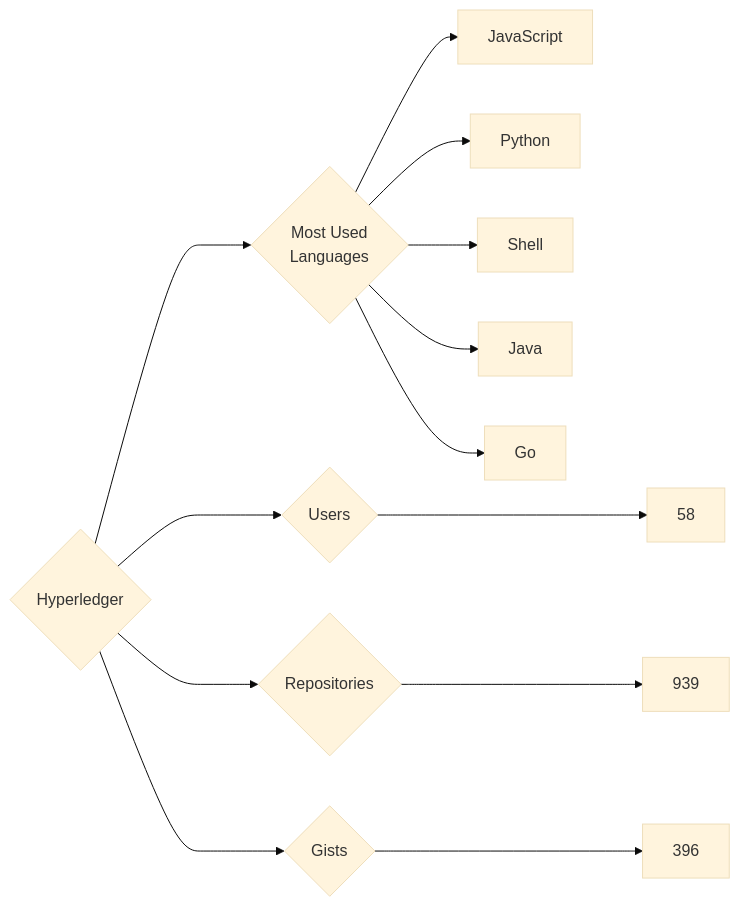
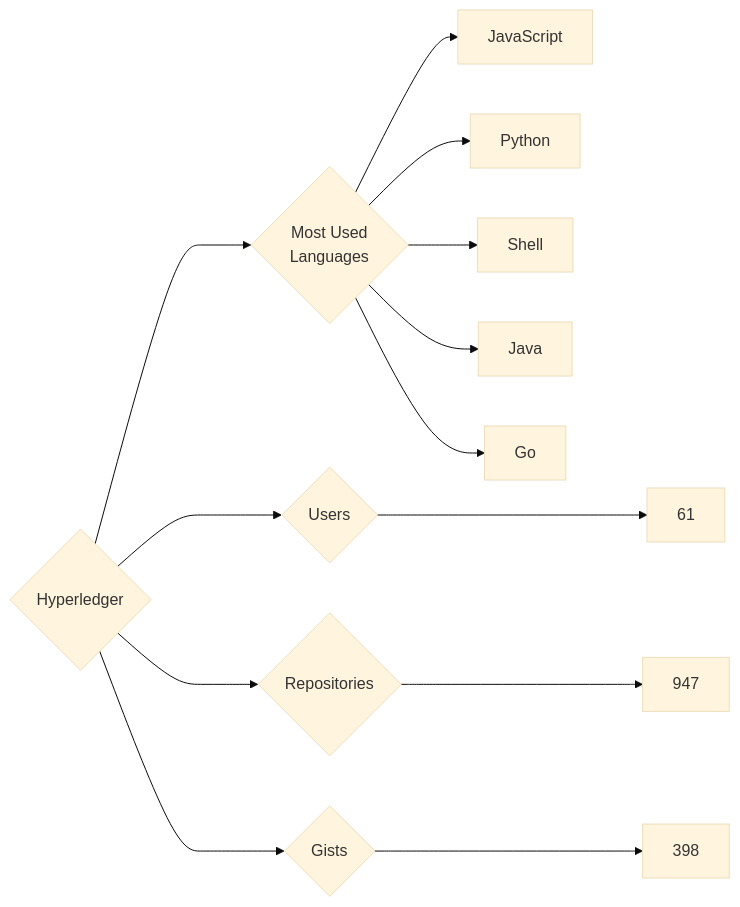
The diagram in targets/Hyperledger/README.md (trickest/insiders), drawn with Mermaid (base theme) before and after one commit. The commit also changed 953 other files, not shown here.

````diff
--- a/targets/Hyperledger/README.md
+++ b/targets/Hyperledger/README.md
@@ -3,13 +3,13 @@
 ```mermaid
 graph LR
 COMPANY_NAME{Hyperledger}
-COMPANY_NAME ---> U{Users} ---> UN[58]
-COMPANY_NAME ---> R{Repositories} ---> RN[939]
-COMPANY_NAME ---> G{Gists} ---> GN[396]
+COMPANY_NAME ---> U{Users} ---> UN[61]
+COMPANY_NAME ---> R{Repositories} ---> RN[947]
+COMPANY_NAME ---> G{Gists} ---> GN[398]
 COMPANY_NAME ---> ML{Most Used<br>Languages}
 ML --> JavaScript[JavaScript]
 ML --> Python[Python]
 ML --> Shell[Shell]
 ML --> Java[Java]
 ML --> Go[Go]
 ```
````
